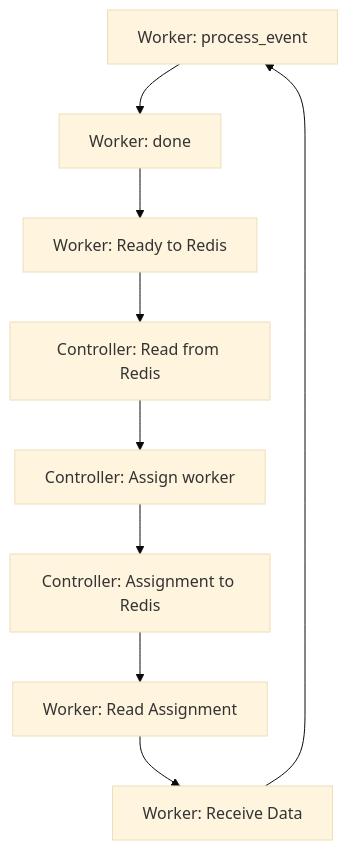
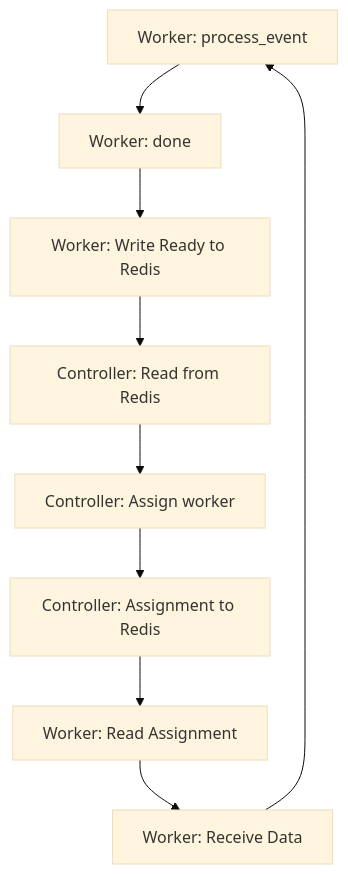
One commit to felix-engelmann/dranspose changed the diagram in docs/reference/high_rate.md. Above: the diagram before and after it, drawn with Mermaid (base theme).

````diff
--- a/docs/reference/high_rate.md
+++ b/docs/reference/high_rate.md
@@ -13,11 +13,11 @@
 ```mermaid
 flowchart TD
     process_event[Worker: process_event] --> worker_ready[Worker: done]
-    worker_ready --> ready_redis[Worker: Ready to Redis]
+    worker_ready --> ready_redis[Worker: Write Ready to Redis]
     ready_redis --> contr_read[Controller: Read from Redis]
     contr_read --> assign[Controller: Assign worker]
     assign --> write[Controller: Assignment to Redis]
     write --> worker_read[Worker: Read Assignment]
     worker_read --> receive[Worker: Receive Data]
     receive --> process_event
 ```
````
